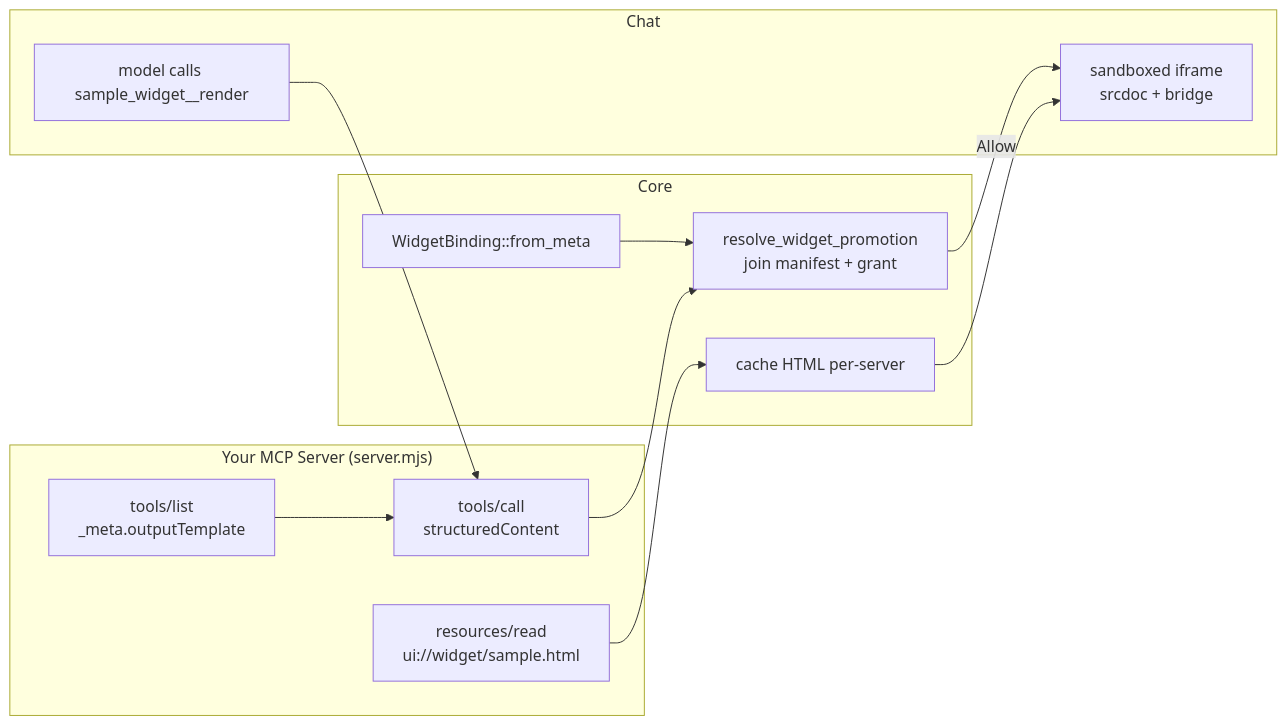
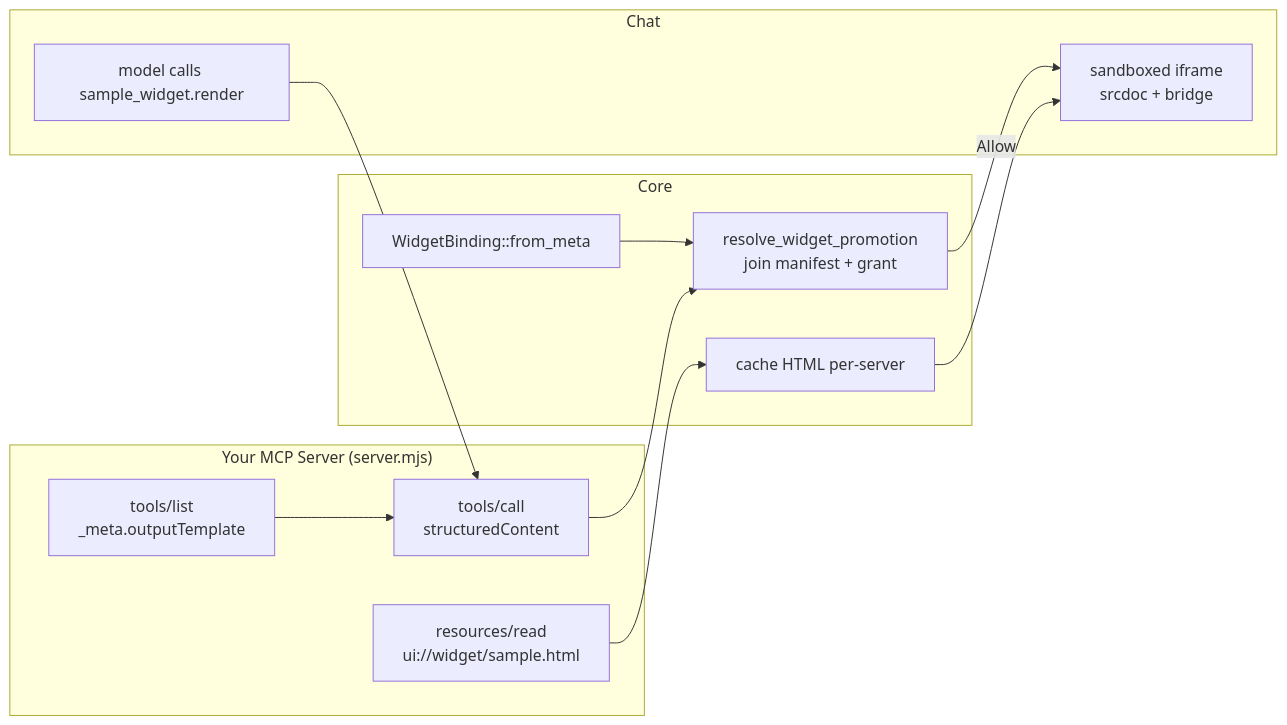
One commit to amajorai/ryu-docs changed the diagram in content/docs/extend/develop/extensions/inline-widget.mdx. Above: the diagram before and after it, drawn with Mermaid. The commit also changed other lines of this file and 317 other files, not shown here.

````diff
--- a/content/docs/extend/develop/extensions/inline-widget.mdx
+++ b/content/docs/extend/develop/extensions/inline-widget.mdx
@@ -51,17 +51,17 @@
 ```mermaid
 flowchart LR
   subgraph "Your MCP Server (server.mjs)"
     A[tools/list<br/>_meta.outputTemplate] --> B[tools/call<br/>structuredContent]
     C[resources/read<br/>ui://widget/sample.html]
   end
   subgraph "Core"
     D[WidgetBinding::from_meta] --> E[resolve_widget_promotion<br/>join manifest + grant]
     F[cache HTML per-server]
   end
   subgraph "Chat"
-    G[model calls sample_widget__render] --> B
+    G[model calls sample_widget.render] --> B
     B --> E
     E -->|Allow| H[sandboxed iframe<br/>srcdoc + bridge]
     C --> F --> H
   end
 ```
````
